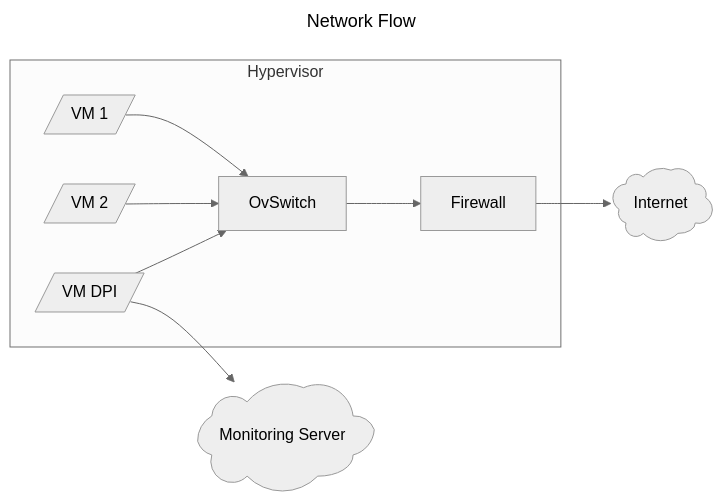
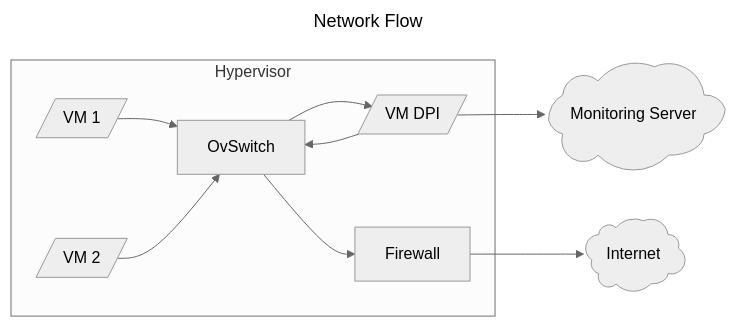
One commit to Zai4ikManiak/Cyber-Security-Study changed the diagram in Monitoring/README.md. Above: the diagram before and after it, drawn with Mermaid (neutral theme).

Commit message:
modified:   README.md

````diff
--- a/Monitoring/README.md
+++ b/Monitoring/README.md
@@ -3,21 +3,21 @@
 ```mermaid
 ---
 title: Network Flow
 ---
 flowchart LR
     
     subgraph hyper["Hypervisor"]
         vm_1["VM 1"]@{ shape: lean-r }
         vm_2["VM 2"]@{ shape: lean-r }
         vm_dpi["VM DPI"]@{ shape: lean-r }
         
         vm_1 --> ovs["OvSwitch"]
         vm_2 --> ovs
-        vm_dpi --> ovs
+        vm_dpi --> ovs --> vm_dpi
 
         ovs --> fire["Firewall"]
     end
 
     fire --> net["Internet"]@{ shape: cloud }
     vm_dpi --> monitor["Monitoring Server"]@{ shape: cloud }
 ```
````
